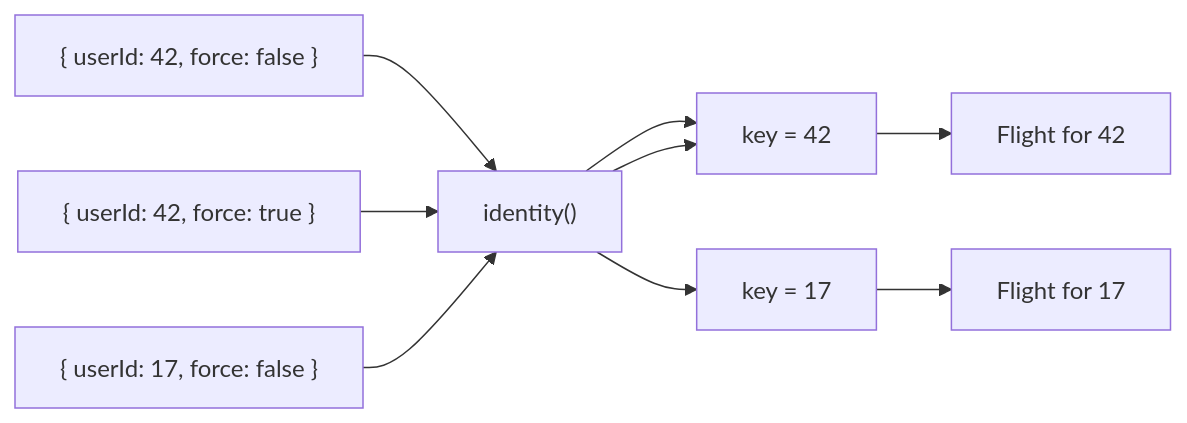
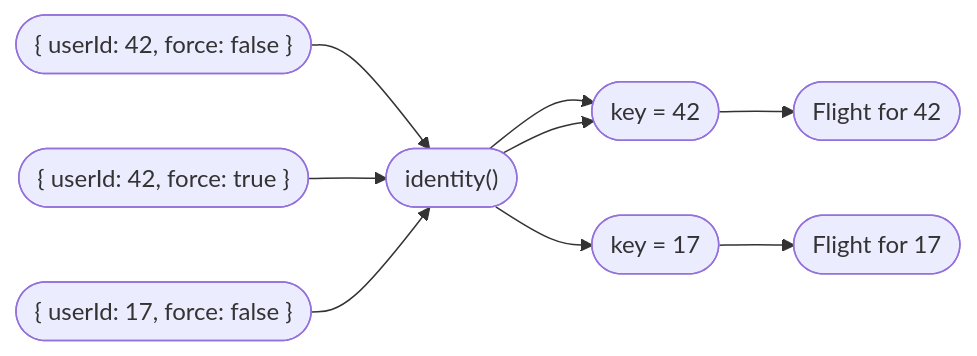
The second of 8 diagrams in docs/scenarios/single-flight.md (shinka-rpc/shinka-js), drawn with Mermaid before and after one commit. The commit also changed other lines of this file and 2 other files, not shown here.

Commit message:
Fix mermaid diagrams

````diff
--- a/docs/scenarios/single-flight.md
+++ b/docs/scenarios/single-flight.md
@@ -181,13 +181,13 @@
 ```mermaid
 flowchart LR
-    A["{ userId: 42, force: false }"] --> I["identity()"]
-    B["{ userId: 42, force: true }"] --> I
-    C["{ userId: 17, force: false }"] --> I
+    A(["{ userId: 42, force: false }"]) --> I(["identity()"])
+    B(["{ userId: 42, force: true }"]) --> I
+    C(["{ userId: 17, force: false }"]) --> I
 
-    I --> K1["key = 42"]
+    I --> K1(["key = 42"])
     I --> K1
-    I --> K2["key = 17"]
+    I --> K2(["key = 17"])
 
-    K1 --> F1["Flight for 42"]
-    K2 --> F2["Flight for 17"]
+    K1 --> F1(["Flight for 42"])
+    K2 --> F2(["Flight for 17"])
 ```
````
